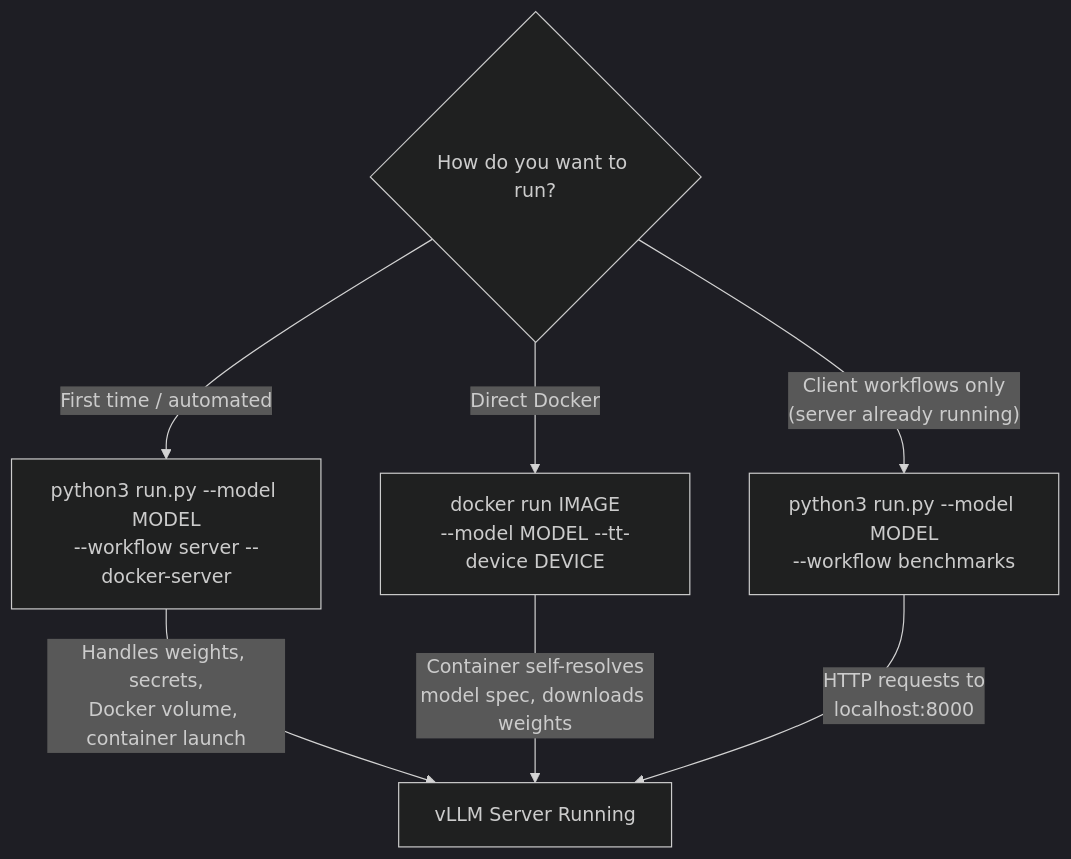
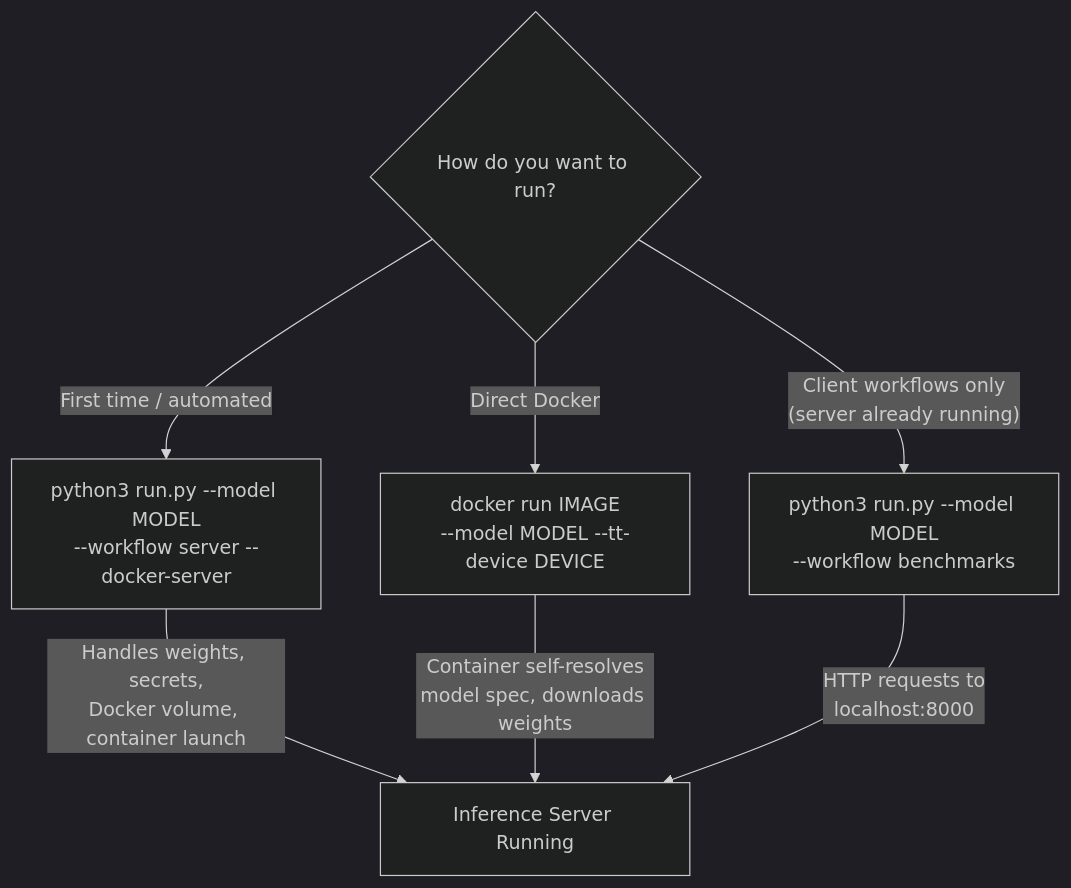
The diagram in docs/workflows_user_guide.md (tenstorrent/tt-inference-server), drawn with Mermaid (dark theme) before and after one commit.

````diff
--- a/docs/workflows_user_guide.md
+++ b/docs/workflows_user_guide.md
@@ -10,12 +10,12 @@
 ```mermaid
 flowchart TD
   start{How do you want to run?}
 
   start -->|"First time / automated"| runpyDocker["python3 run.py --model MODEL<br/>--workflow server --docker-server"]
   start -->|"Direct Docker"| directDocker["docker run IMAGE<br/>--model MODEL --tt-device DEVICE"]
   start -->|"Client workflows only<br/>(server already running)"| clientOnly["python3 run.py --model MODEL<br/>--workflow benchmarks"]
 
-  runpyDocker -->|"Handles weights, secrets,<br/>Docker volume, container launch"| server["vLLM Server Running"]
+  runpyDocker -->|"Handles weights, secrets,<br/>Docker volume, container launch"| server["Inference Server Running"]
   directDocker -->|"Container self-resolves<br/>model spec, downloads weights"| server
   clientOnly -->|"HTTP requests to<br/>localhost:8000"| server
 ```
````
